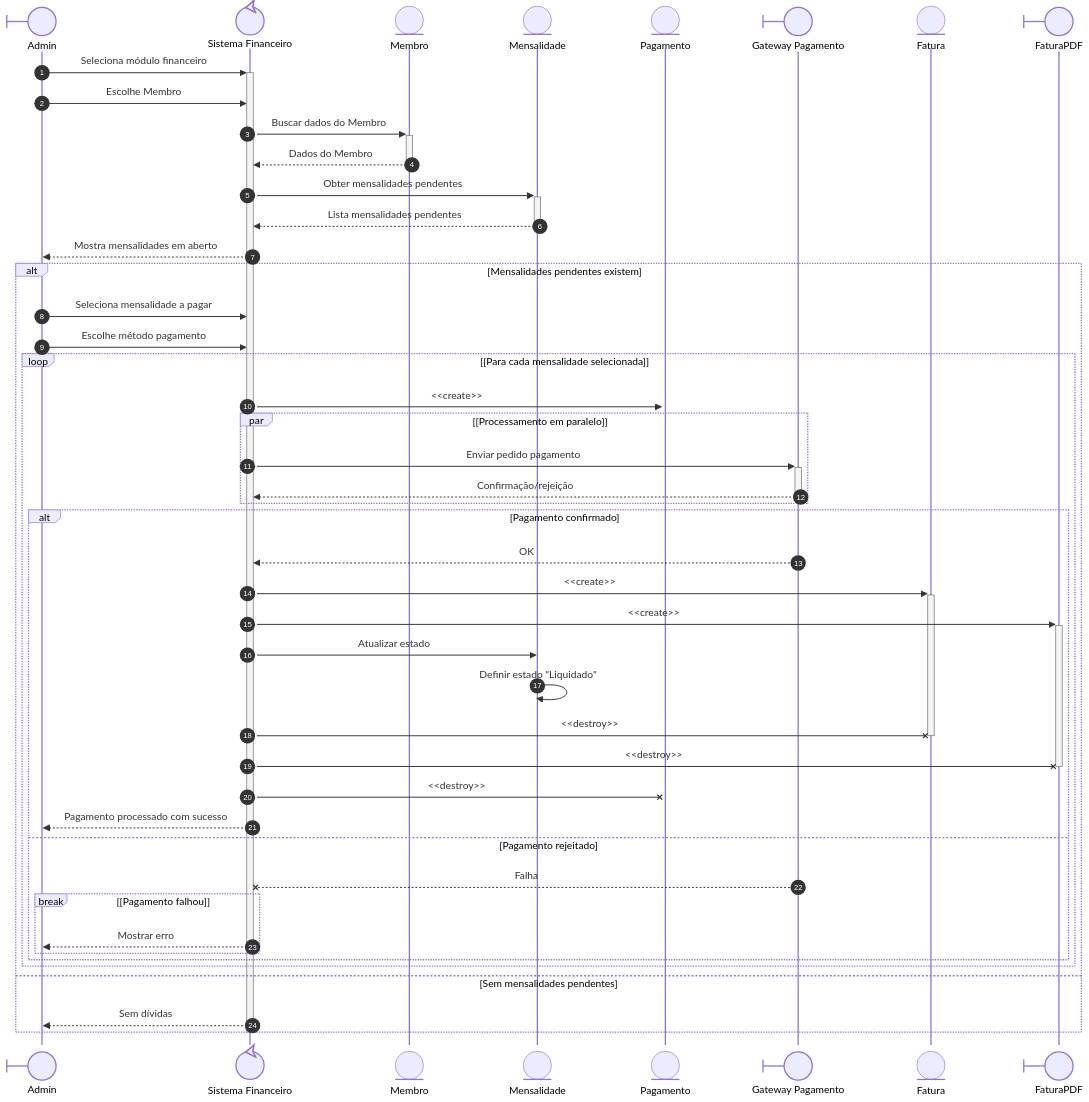
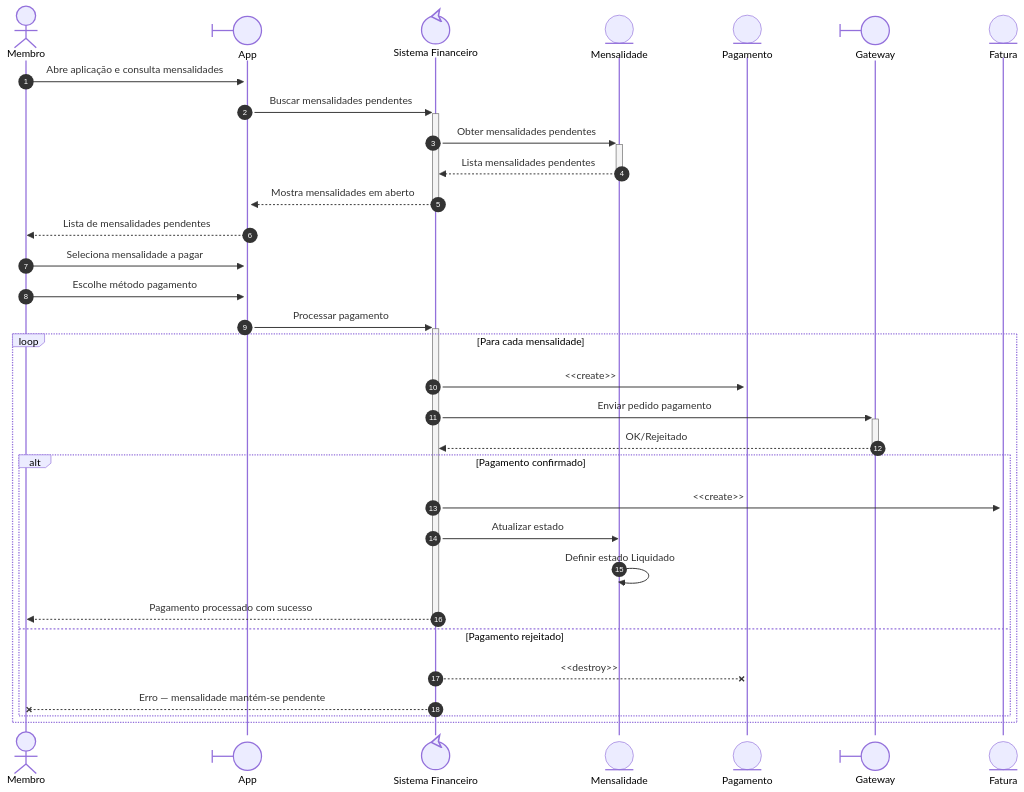
The third of 4 diagrams in public/Trabalho-MSES.md (TiagoJacinto/mses-gym-docs), drawn with Mermaid before and after one commit. The commit also changed other lines of this file and 11 other files, not shown here.

````diff
--- a/public/Trabalho-MSES.md
+++ b/public/Trabalho-MSES.md
@@ -775,58 +652,39 @@
 ```mermaid
 sequenceDiagram
     autonumber
 
-    participant Admin@{ "type" : "boundary" } as Admin
+    actor Membro
+    participant App@{ "type" : "boundary" }
     participant SisFinanceiro@{ "type" : "control" } as Sistema Financeiro
-    participant Membro@{ "type" : "entity" }
     participant Mensalidade@{ "type" : "entity" }
     participant Pagamento@{ "type" : "entity" }
-    participant Gateway@{ "type" : "boundary" } as Gateway Pagamento
+    participant Gateway@{ "type" : "boundary" }
     participant Fatura@{ "type" : "entity" }
-    participant FaturaPDF@{ "type" : "boundary" } as FaturaPDF
 
-    Admin->>+SisFinanceiro: Seleciona módulo financeiro
-    Admin->>SisFinanceiro: Escolhe Membro
-    SisFinanceiro->>+Membro: Buscar dados do Membro
-    Membro-->>-SisFinanceiro: Dados do Membro
+    Membro->>+App: Abre aplicação e consulta mensalidades
+    App->>+SisFinanceiro: Buscar mensalidades pendentes
     SisFinanceiro->>+Mensalidade: Obter mensalidades pendentes
     Mensalidade-->>-SisFinanceiro: Lista mensalidades pendentes
-    SisFinanceiro-->>Admin: Mostra mensalidades em aberto
+    SisFinanceiro-->>-App: Mostra mensalidades em aberto
+    App-->>Membro: Lista de mensalidades pendentes
 
-    alt Mensalidades pendentes existem
-        Admin->>SisFinanceiro: Seleciona mensalidade a pagar
-        Admin->>SisFinanceiro: Escolhe método pagamento
+    Membro->>App: Seleciona mensalidade a pagar
+    Membro->>App: Escolhe método pagamento
+    App->>+SisFinanceiro: Processar pagamento
 
-        loop [Para cada mensalidade selecionada]
-            SisFinanceiro->>+Pagamento: <<create>>
-            par [Processamento em paralelo]
-                SisFinanceiro->>+Gateway: Enviar pedido pagamento
-                Gateway-->>-SisFinanceiro: Confirmação/rejeição
-            end
+    loop Para cada mensalidade
+        SisFinanceiro->>+Pagamento: <<create>>
+        SisFinanceiro->>+Gateway: Enviar pedido pagamento
+        Gateway-->>-SisFinanceiro: OK/Rejeitado
 
-            alt Pagamento confirmado
-                Gateway-->>SisFinanceiro: OK
-                SisFinanceiro->>+Fatura: <<create>>
-                SisFinanceiro->>+FaturaPDF: <<create>>
-                SisFinanceiro->>Mensalidade: Atualizar estado
-                Mensalidade->>Mensalidade: Definir estado "Liquidado"
-                SisFinanceiro-xFatura: <<destroy>>
-                deactivate Fatura
-                SisFinanceiro-xFaturaPDF: <<destroy>>
-                deactivate FaturaPDF
-                SisFinanceiro-xPagamento: <<destroy>>
-                SisFinanceiro-->>Admin: Pagamento processado com sucesso
-            else Pagamento rejeitado
-                Gateway--xSisFinanceiro: Falha
-                break [Pagamento falhou]
-                    SisFinanceiro-->>Admin: Mostrar erro
-                end
-            end
+        alt Pagamento confirmado
+            SisFinanceiro->>+Fatura: <<create>>
+            SisFinanceiro->>Mensalidade: Atualizar estado
+            Mensalidade->>Mensalidade: Definir estado Liquidado
+            SisFinanceiro-->>-Membro: Pagamento processado com sucesso
+        else Pagamento rejeitado
+            SisFinanceiro--xPagamento: <<destroy>>
+            SisFinanceiro--xMembro: Erro — mensalidade mantém-se pendente
         end
-
-    else Sem mensalidades pendentes
-        SisFinanceiro-->>Admin: Sem dívidas
     end
-
-    deactivate SisFinanceiro
 ```
````
